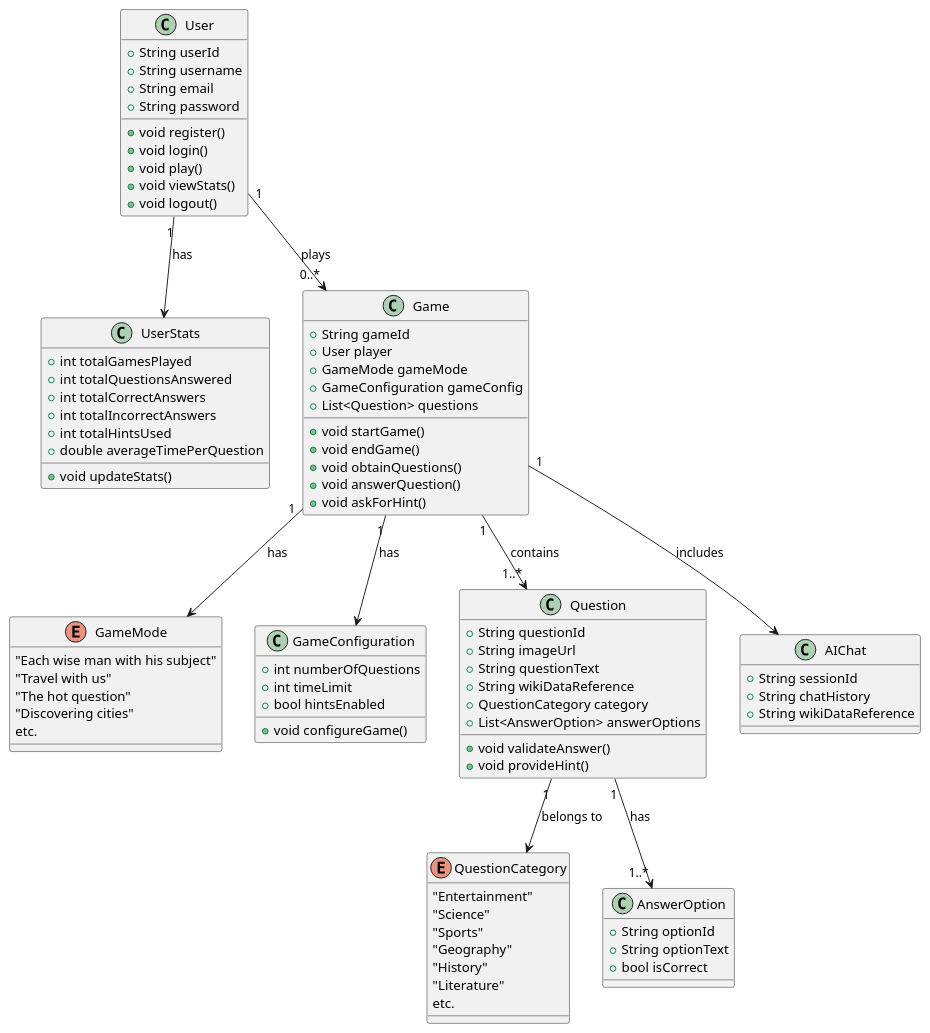
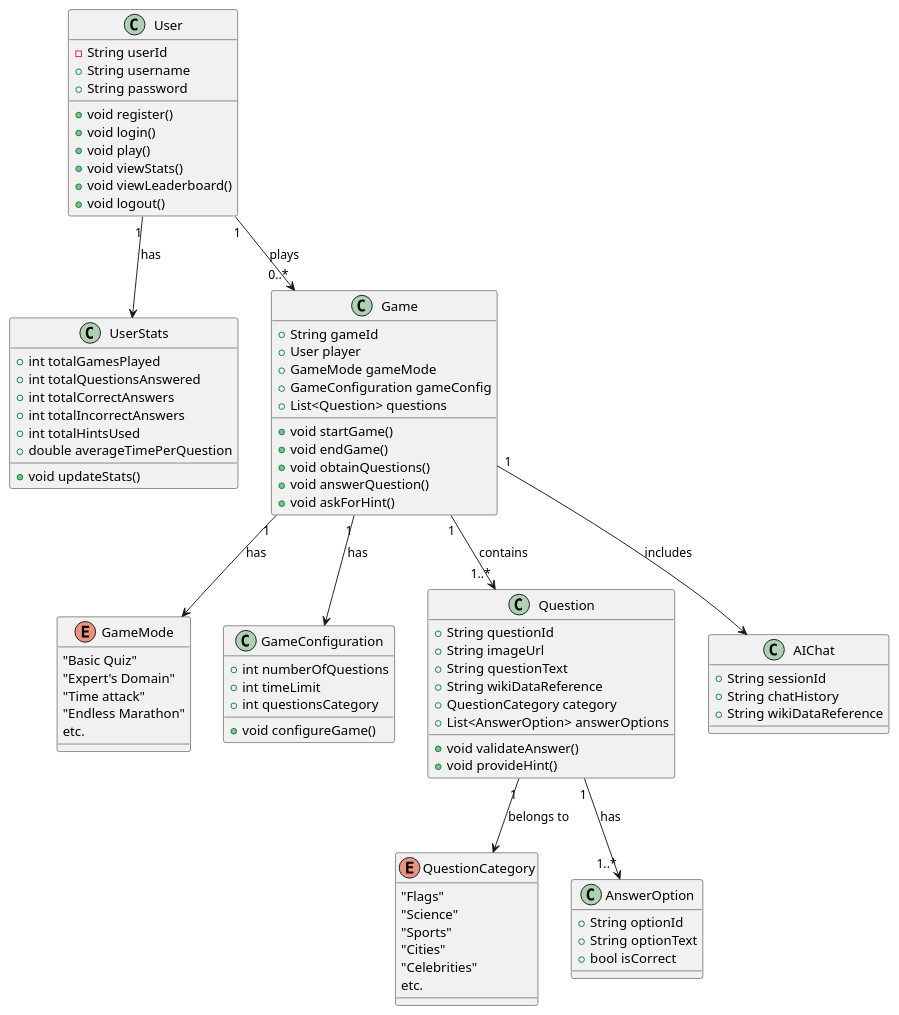
The diagram in docs/src/diagrams/Domain_Model.puml (Arquisoft/wichat_en1a), drawn with PlantUML before and after one commit. The commit also changed 1 other file, not shown here.

Commit message:
Little diagram modifications

```diff
--- a/docs/src/diagrams/Domain_Model.puml
+++ b/docs/src/diagrams/Domain_Model.puml
@@ -1,103 +1,102 @@
 @startuml Domain_Model
 
 ' Define entities (classes)
 class User {
-    +String userId
+    -String userId
     +String username
-    +String email
     +String password
     
     +void register()
     +void login()
     +void play()
     +void viewStats()
+    +void viewLeaderboard()
     +void logout()
 }
 
 class UserStats {
     +int totalGamesPlayed
     +int totalQuestionsAnswered
     +int totalCorrectAnswers
     +int totalIncorrectAnswers
     +int totalHintsUsed
     +double averageTimePerQuestion
 
     +void updateStats()
 }
 
 class Game {
     +String gameId
     +User player
     +GameMode gameMode
     +GameConfiguration gameConfig
     +List<Question> questions
 
     +void startGame()
     +void endGame()
     +void obtainQuestions()
     +void answerQuestion()
     +void askForHint()
 }
 
 enum GameMode {
-    "Each wise man with his subject"
-    "Travel with us"
-    "The hot question"
-    "Discovering cities"
+    "Basic Quiz"
+    "Expert's Domain"
+    "Time attack"
+    "Endless Marathon"
     etc.
 }
 
 class GameConfiguration {
     +int numberOfQuestions
     +int timeLimit
-    +bool hintsEnabled
+    +int questionsCategory
 
     +void configureGame()
 }
 
 class Question {
     +String questionId
     +String imageUrl
     +String questionText
     +String wikiDataReference
     +QuestionCategory category
     +List<AnswerOption> answerOptions
 
     +void validateAnswer()
     +void provideHint()
 }
 
 enum QuestionCategory {
-    "Entertainment"
+    "Flags"
     "Science"
     "Sports"
-    "Geography"
-    "History"
-    "Literature"
+    "Cities"
+    "Celebrities"
     etc.
 }
 
 class AnswerOption {
     +String optionId
     +String optionText
     +bool isCorrect
 }
 
 class AIChat {
     +String sessionId
     +String chatHistory
     +String wikiDataReference
 }
 
 
 ' Define relationships
 User "1" --> "0..*" Game : plays
 User "1" --> UserStats : has
 Game "1" --> "1..*" Question : contains
 Game "1" --> GameConfiguration : has
 Game "1" --> GameMode : has
 Game "1" --> AIChat : includes
 Question "1" --> "1..*" AnswerOption : has
 Question "1" --> QuestionCategory : belongs to
 
 @enduml
```
